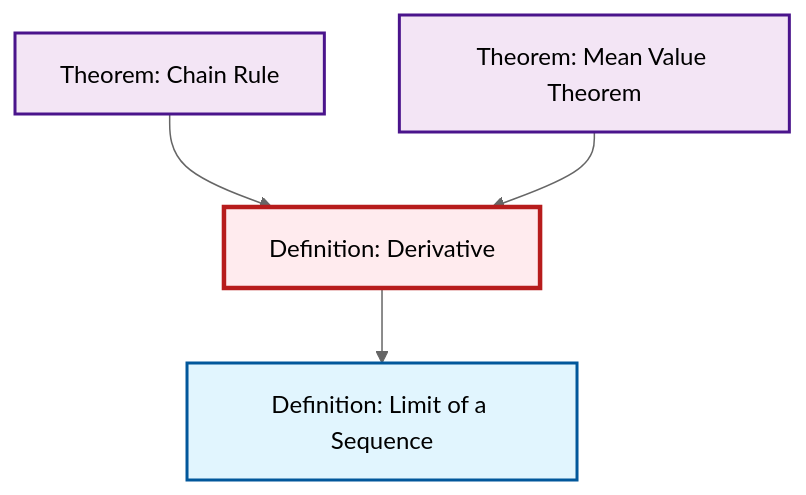
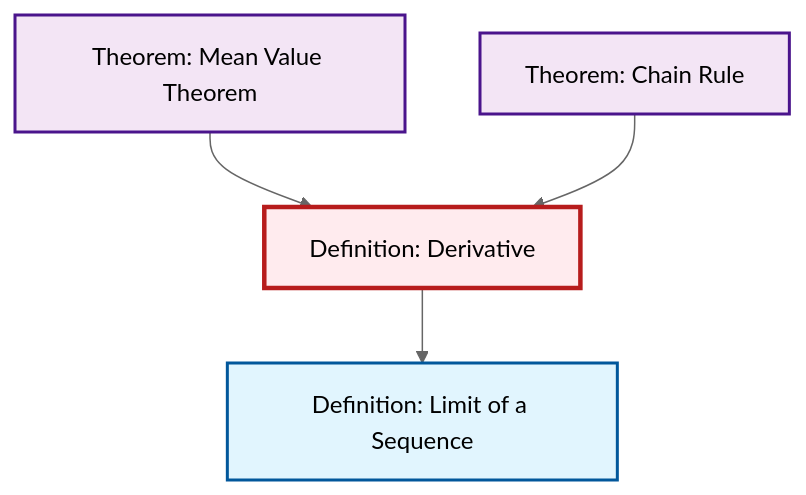
The second of 2 diagrams in content/en/analysis/def-derivative.qmd (RK0429/ModernMath), drawn with Mermaid (neutral theme) before and after one commit. The commit also changed other lines of this file and 615 other files, not shown here.

````diff
--- a/content/en/analysis/def-derivative.qmd
+++ b/content/en/analysis/def-derivative.qmd
@@ -82,20 +82,20 @@
 ```{mermaid}
 %%| fig-cap: "Local dependency graph"
 graph TD
     classDef definition fill:#e1f5fe,stroke:#01579b,stroke-width:2px
     classDef theorem fill:#f3e5f5,stroke:#4a148c,stroke-width:2px
     classDef axiom fill:#fff3e0,stroke:#e65100,stroke-width:2px
     classDef example fill:#e8f5e9,stroke:#1b5e20,stroke-width:2px
     classDef current fill:#ffebee,stroke:#b71c1c,stroke-width:3px
+    thm-mean-value["Theorem: Mean Value Theorem"]:::theorem
+    thm-chain-rule["Theorem: Chain Rule"]:::theorem
+    def-derivative["Definition: Derivative"]:::definition
     def-limit["Definition: Limit of a Sequence"]:::definition
-    thm-mean-value["Theorem: Mean Value Theorem"]:::theorem
-    def-derivative["Definition: Derivative"]:::definition
-    thm-chain-rule["Theorem: Chain Rule"]:::theorem
+    thm-mean-value --> def-derivative
+    def-derivative --> def-limit
     thm-chain-rule --> def-derivative
-    def-derivative --> def-limit
-    thm-mean-value --> def-derivative
     class def-derivative current
-    click def-limit "def-limit.html" "Go to Limit of a Sequence definition"
     click thm-mean-value "thm-mean-value.html" "Go to Mean Value Theorem theorem"
     click thm-chain-rule "thm-chain-rule.html" "Go to Chain Rule theorem"
+    click def-limit "def-limit.html" "Go to Limit of a Sequence definition"
 ```
````
